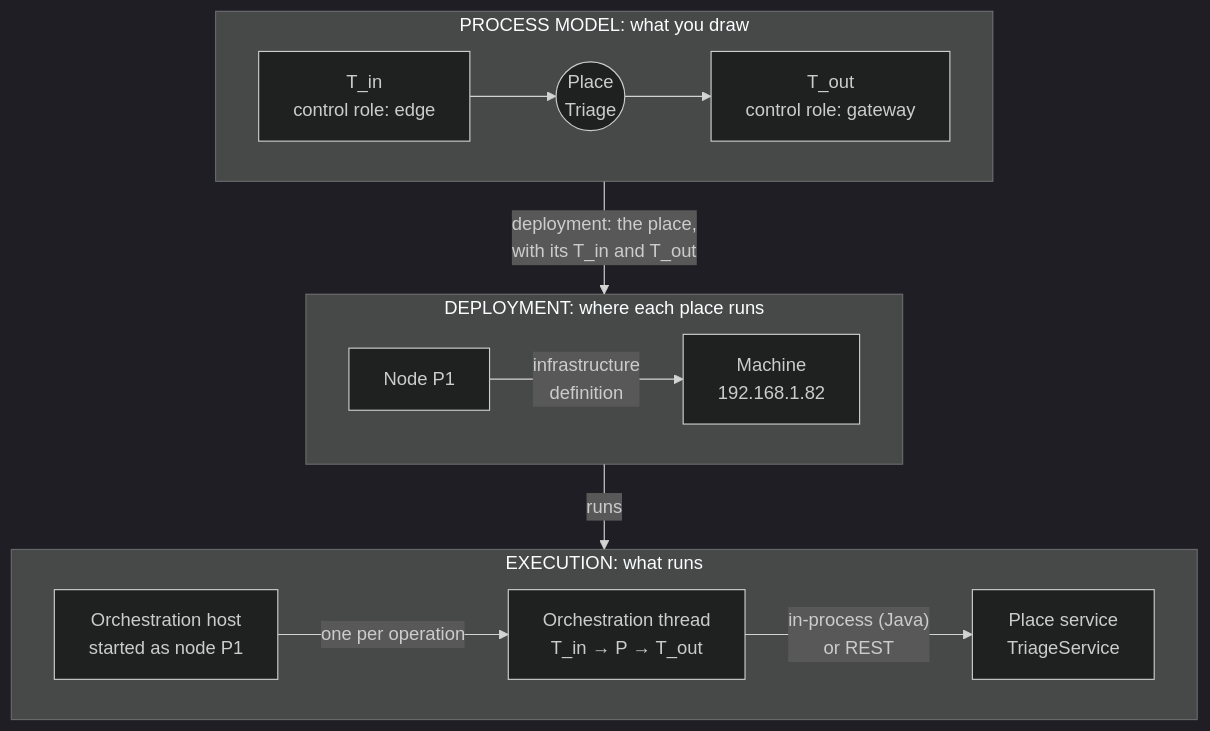
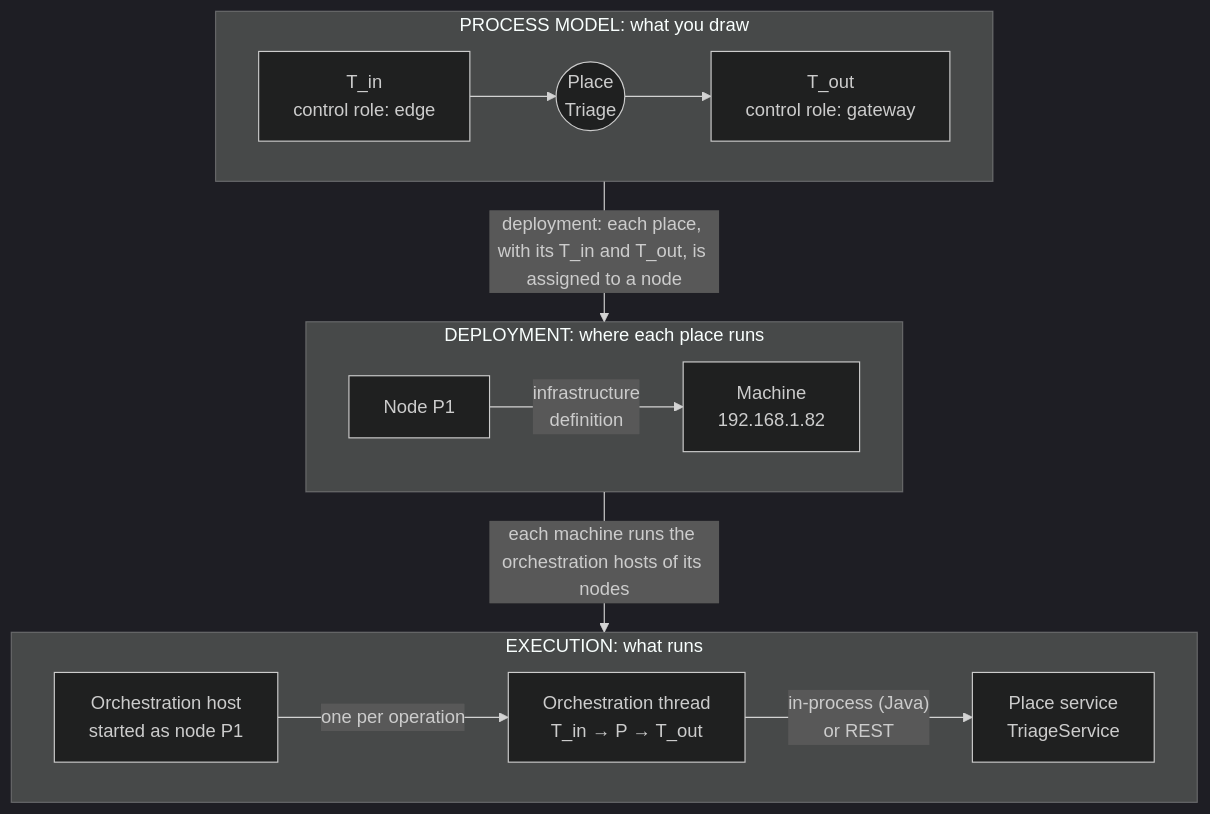
Before and after one commit to AlexanderAdelAU/Rule-Propagated-Service-Orchestration: the first of 5 diagrams in Architecture.md, drawn with Mermaid (dark theme).

Commit message:
Terms diagram: link the layers, not their parts, so each layer reads left to right
Claude-Session: https://claude.ai/code/session_01MVTiJmVTo6whUToqMfkWLi

````diff
--- a/Architecture.md
+++ b/Architecture.md
@@ -13,18 +13,18 @@
 ```mermaid
 flowchart TB
     subgraph MODEL["PROCESS MODEL: what you draw"]
         direction LR
         TIN["T_in<br/>control role: edge"] --> PL(("Place<br/>Triage")) --> TOUT["T_out<br/>control role: gateway"]
     end
     subgraph DEPLOY["DEPLOYMENT: where each place runs"]
         direction LR
         N["Node P1"] -- "infrastructure<br/>definition" --> MC["Machine<br/>192.168.1.82"]
     end
     subgraph EXEC["EXECUTION: what runs"]
         direction LR
         OH["Orchestration host<br/>started as node P1"] -- "one per operation" --> OT["Orchestration thread<br/>T_in → P → T_out"]
         OT -- "in-process (Java)<br/>or REST" --> PS["Place service<br/>TriageService"]
     end
-    PL -- "deployment: the place,<br/>with its T_in and T_out" --> N
-    MC -- "runs" --> OH
+    MODEL -- "deployment: each place, with its T_in and T_out, is assigned to a node" --> DEPLOY
+    DEPLOY -- "each machine runs the orchestration hosts of its nodes" --> EXEC
 ```
````
